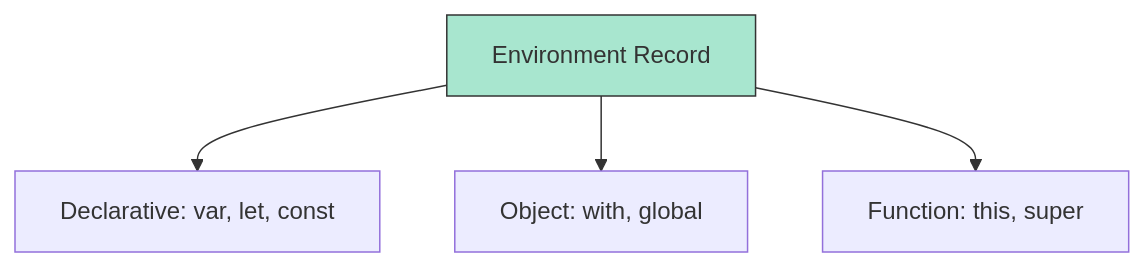
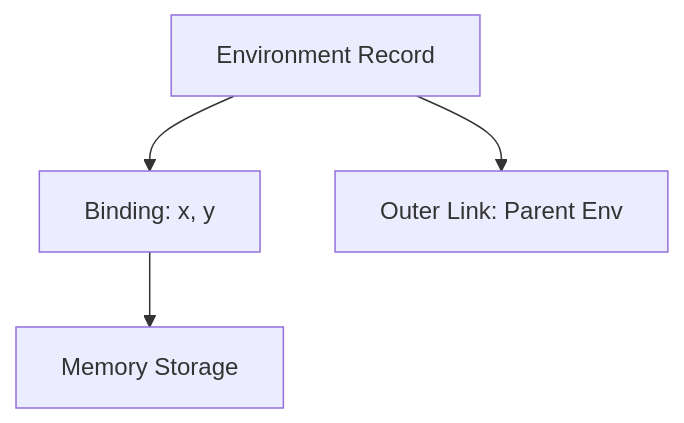
Before and after one commit to syahputrawork98-sketch/JavaScript-Learning-Hub: the diagram in RAK-04-core-specification/SR-01-spec-algorithm-conventions/BK-03_SpecAlgorithmConventions/CH-03_InternalData/README.md, drawn with Mermaid. The commit also changed other lines of this file and 30 other files, not shown here.

````diff
--- a/RAK-04-core-specification/SR-01-spec-algorithm-conventions/BK-03_SpecAlgorithmConventions/CH-03_InternalData/README.md
+++ b/RAK-04-core-specification/SR-01-spec-algorithm-conventions/BK-03_SpecAlgorithmConventions/CH-03_InternalData/README.md
@@ -36,8 +19,7 @@
 ```mermaid
 graph TD
-    ER[Environment Record] --> Dec[Declarative: var, let, const]
-    ER --> Obj[Object: with, global]
-    ER --> Func[Function: this, super]
+    Env[Environment Record] --> Bindings[Binding: x, y]
+    Env --> Outer[Outer Link: Parent Env]
     
-    style ER fill:#a8e6cf,stroke:#333
+    Bindings --> Storage[Memory Storage]
 ```
````
